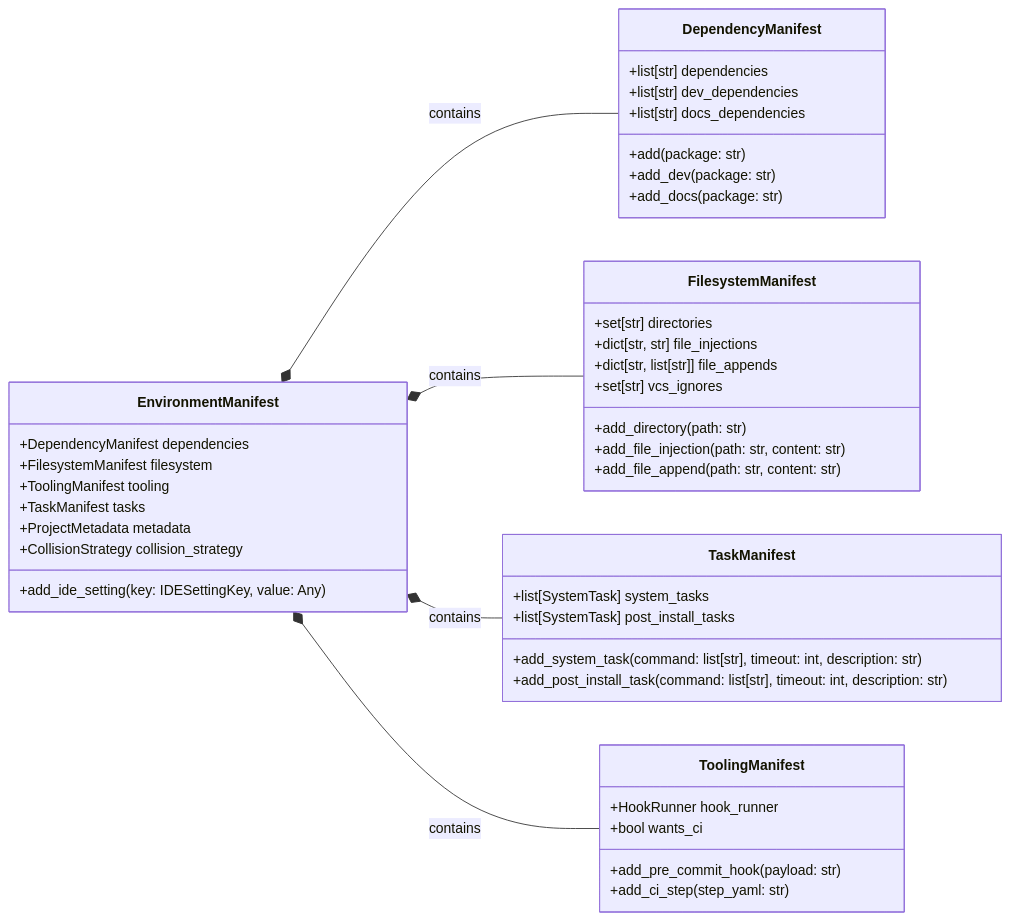
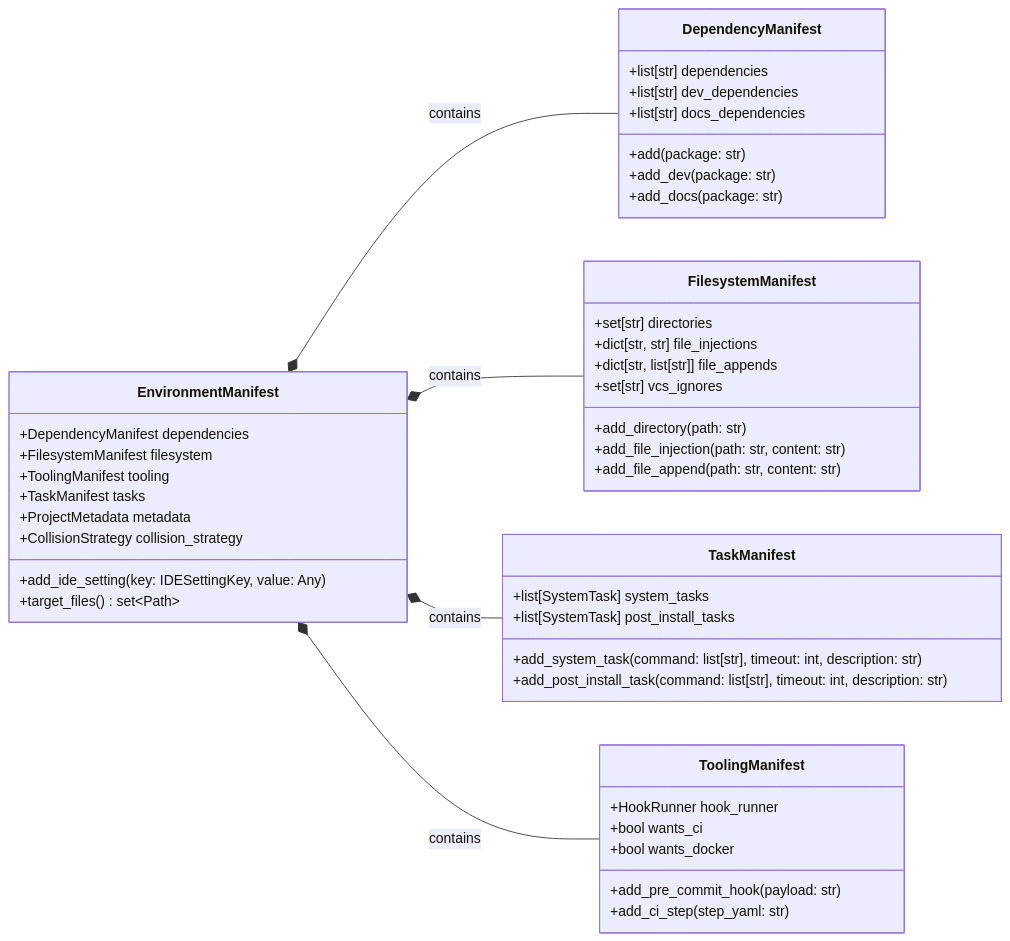
One commit to JacksonFergusonDev/protostar changed the first of 2 diagrams in docs/developer/api-reference.md. Above: the diagram before and after it, drawn with Mermaid. The commit also changed 19 other files, not shown here.

````diff
--- a/docs/developer/api-reference.md
+++ b/docs/developer/api-reference.md
@@ -7,52 +7,54 @@
 ```mermaid
 classDiagram
     direction LR
 
     class EnvironmentManifest {
         +DependencyManifest dependencies
         +FilesystemManifest filesystem
         +ToolingManifest tooling
         +TaskManifest tasks
         +ProjectMetadata metadata
         +CollisionStrategy collision_strategy
         +add_ide_setting(key: IDESettingKey, value: Any)
+        +target_files() set~Path~
     }
 
     class DependencyManifest {
         +list[str] dependencies
         +list[str] dev_dependencies
         +list[str] docs_dependencies
         +add(package: str)
         +add_dev(package: str)
         +add_docs(package: str)
     }
 
     class FilesystemManifest {
         +set[str] directories
         +dict[str, str] file_injections
         +dict[str, list[str]] file_appends
         +set[str] vcs_ignores
         +add_directory(path: str)
         +add_file_injection(path: str, content: str)
         +add_file_append(path: str, content: str)
     }
 
     class TaskManifest {
         +list[SystemTask] system_tasks
         +list[SystemTask] post_install_tasks
         +add_system_task(command: list[str], timeout: int, description: str)
         +add_post_install_task(command: list[str], timeout: int, description: str)
     }
 
     class ToolingManifest {
         +HookRunner hook_runner
         +bool wants_ci
+        +bool wants_docker
         +add_pre_commit_hook(payload: str)
         +add_ci_step(step_yaml: str)
     }
 
     EnvironmentManifest *-- DependencyManifest : contains
     EnvironmentManifest *-- FilesystemManifest : contains
     EnvironmentManifest *-- TaskManifest : contains
     EnvironmentManifest *-- ToolingManifest : contains
 ```
````
